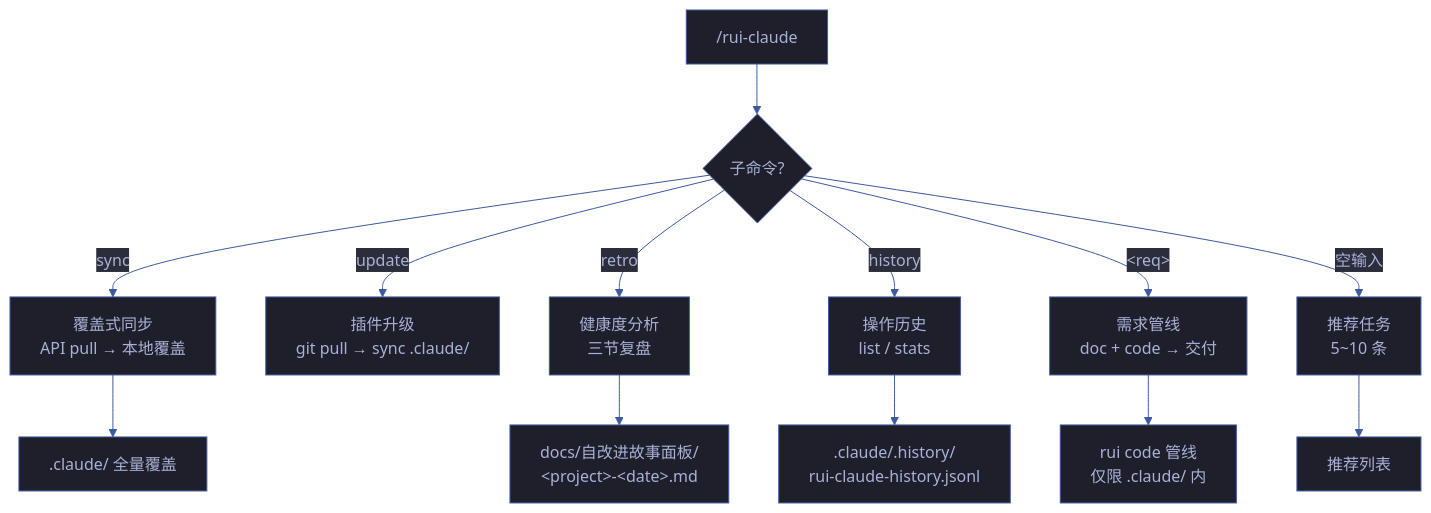
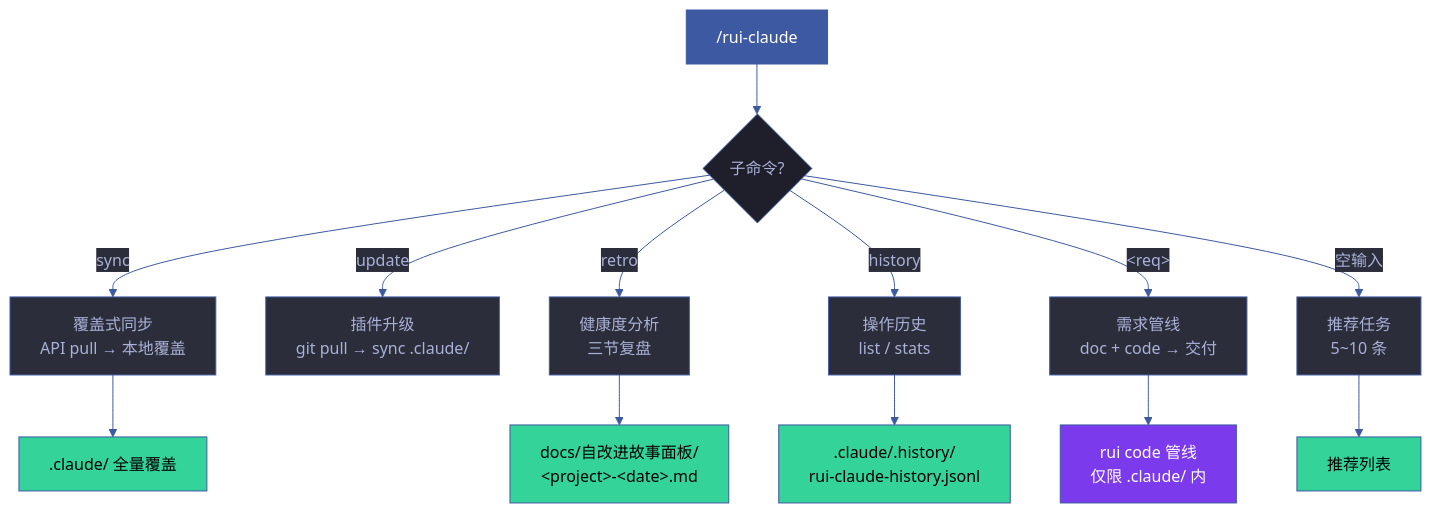
One commit to effiy/YrY changed the first of 8 diagrams in skills/rui-claude/SKILL.md. Above: the diagram before and after it, drawn with Mermaid. The commit also changed other lines of this file and 1028 other files, not shown here.

````diff
--- a/skills/rui-claude/SKILL.md
+++ b/skills/rui-claude/SKILL.md
@@ -20,27 +20,30 @@
 ```mermaid
 %%{init: {'theme': 'base', 'themeVariables': {
   'primaryColor': '#1e1f2b',
   'primaryTextColor': '#a9b1d6',
   'primaryBorderColor': '#3d59a1',
   'lineColor': '#3d59a1',
   'secondaryColor': '#2b2d3b',
   'tertiaryColor': '#21232f'
 }}}%%
 flowchart TB
     ENTRY["/rui-claude"]:::src --> Q1{"子命令?"}
 
     Q1 -->|"sync"| SYNC["覆盖式同步<br/>API pull → 本地覆盖"]:::cmd
     Q1 -->|"update"| UPDATE["插件升级<br/>git pull → sync .claude/"]:::cmd
     Q1 -->|"retro"| RETRO["健康度分析<br/>三节复盘"]:::cmd
     Q1 -->|"history"| HIST["操作历史<br/>list / stats"]:::cmd
     Q1 -->|"&lt;req&gt;"| REQ["需求管线<br/>doc + code → 交付"]:::cmd
     Q1 -->|"空输入"| LIST["推荐任务<br/>5~10 条"]:::cmd
 
     SYNC --> S_OUT[".claude/ 全量覆盖"]:::out
     RETRO --> R_OUT["docs/自改进故事面板/<br/>&lt;project&gt;-&lt;date&gt;.md"]:::out
     HIST --> H_OUT[".claude/.history/<br/>rui-claude-history.jsonl"]:::out
     REQ --> PIPE["rui code 管线<br/>仅限 .claude/ 内"]:::pipe
     LIST --> L_OUT["推荐列表"]:::out
 
-
+    classDef src fill:#3d59a1,color:#fff
+    classDef cmd fill:#2b2d3b,stroke:#3d59a1,color:#a9b1d6
+    classDef out fill:#34d399,color:#000
+    classDef pipe fill:#7c3aed,color:#fff
 ```
````
